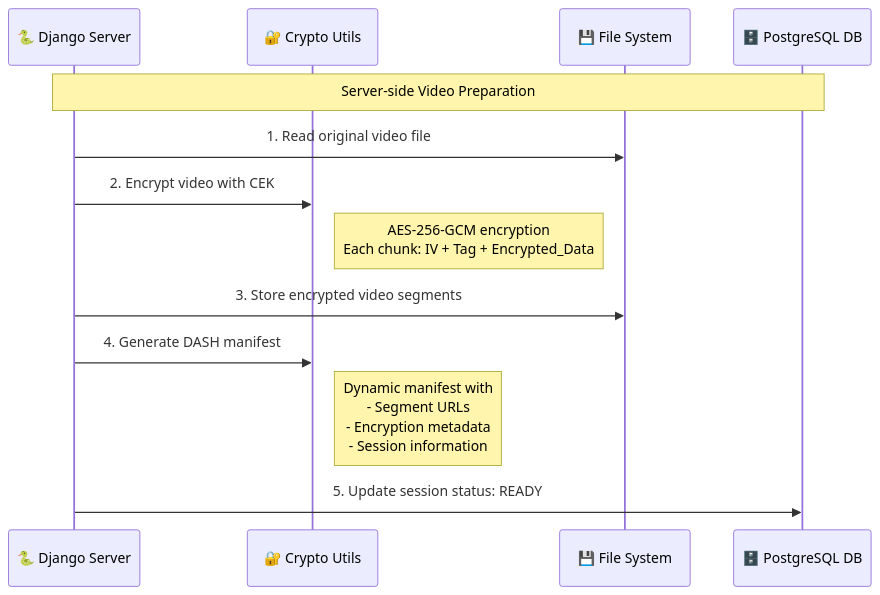
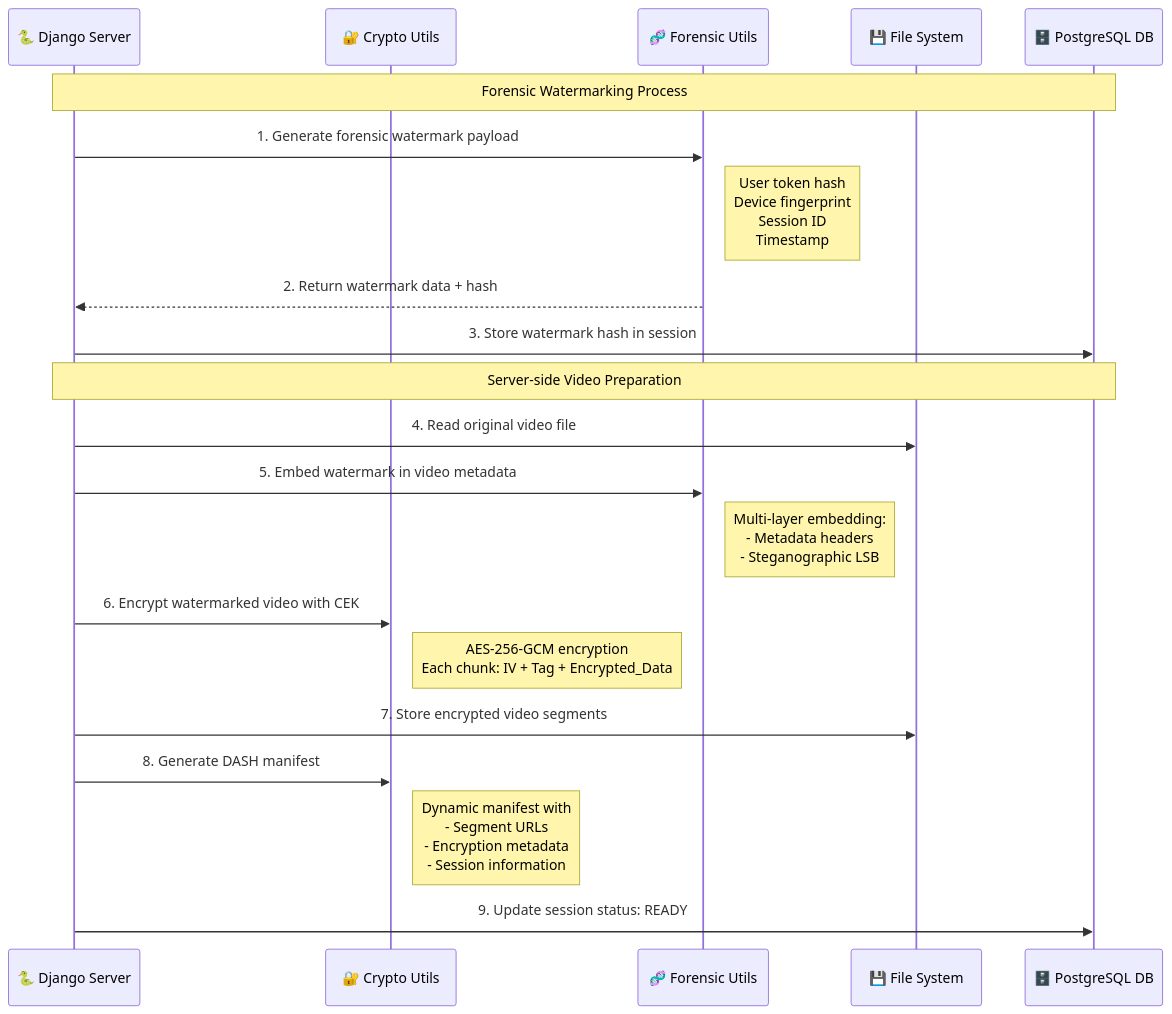
One commit to tnduya3/proj changed the fourth of 8 diagrams in SYSTEM_FLOW.md. Above: the diagram before and after it, drawn with Mermaid. The commit also changed other lines of this file and 15 other files, not shown here.

````diff
--- a/SYSTEM_FLOW.md
+++ b/SYSTEM_FLOW.md
@@ -94,16 +105,25 @@
 ```mermaid
 sequenceDiagram
     participant Django as 🐍 Django Server
     participant Crypto as 🔐 Crypto Utils
+    participant Watermark as 🧬 Forensic Utils
     participant Storage as 💾 File System
     participant DB as 🗄️ PostgreSQL DB
 
+    Note over Django,DB: Forensic Watermarking Process
+    Django->>Watermark: 1. Generate forensic watermark payload
+    Note right of Watermark: User token hash<br/>Device fingerprint<br/>Session ID<br/>Timestamp
+    Watermark-->>Django: 2. Return watermark data + hash
+    Django->>DB: 3. Store watermark hash in session
+    
     Note over Django,DB: Server-side Video Preparation
-    Django->>Storage: 1. Read original video file
-    Django->>Crypto: 2. Encrypt video with CEK
+    Django->>Storage: 4. Read original video file
+    Django->>Watermark: 5. Embed watermark in video metadata
+    Note right of Watermark: Multi-layer embedding:<br/>- Metadata headers<br/>- Steganographic LSB
+    Django->>Crypto: 6. Encrypt watermarked video with CEK
     Note right of Crypto: AES-256-GCM encryption<br/>Each chunk: IV + Tag + Encrypted_Data
-    Django->>Storage: 3. Store encrypted video segments
-    Django->>Crypto: 4. Generate DASH manifest
+    Django->>Storage: 7. Store encrypted video segments
+    Django->>Crypto: 8. Generate DASH manifest
     Note right of Crypto: Dynamic manifest with<br/>- Segment URLs<br/>- Encryption metadata<br/>- Session information
-    Django->>DB: 5. Update session status: READY
+    Django->>DB: 9. Update session status: READY
 ```
````
